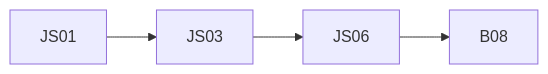
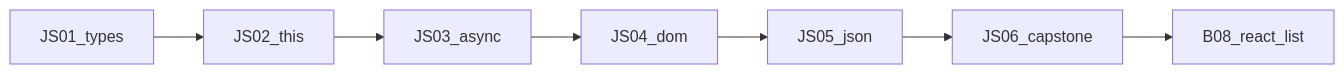
The diagram in nine-to-eighteen/ui/src/data/learn/js/js06-capstone.md (AlexanderNY/cursor_test), drawn with Mermaid before and after one commit. The commit also changed other lines of this file and 3060 other files, not shown here.

````diff
--- a/nine-to-eighteen/ui/src/data/learn/js/js06-capstone.md
+++ b/nine-to-eighteen/ui/src/data/learn/js/js06-capstone.md
@@ -61,4 +114,9 @@
 ```mermaid
 flowchart LR
-  JS01 --> JS03 --> JS06 --> B08
+  JS01[JS01_types] --> JS02[JS02_this]
+  JS02 --> JS03[JS03_async]
+  JS03 --> JS04[JS04_dom]
+  JS04 --> JS05[JS05_json]
+  JS05 --> JS06[JS06_capstone]
+  JS06 --> B08[B08_react_list]
 ```
````
